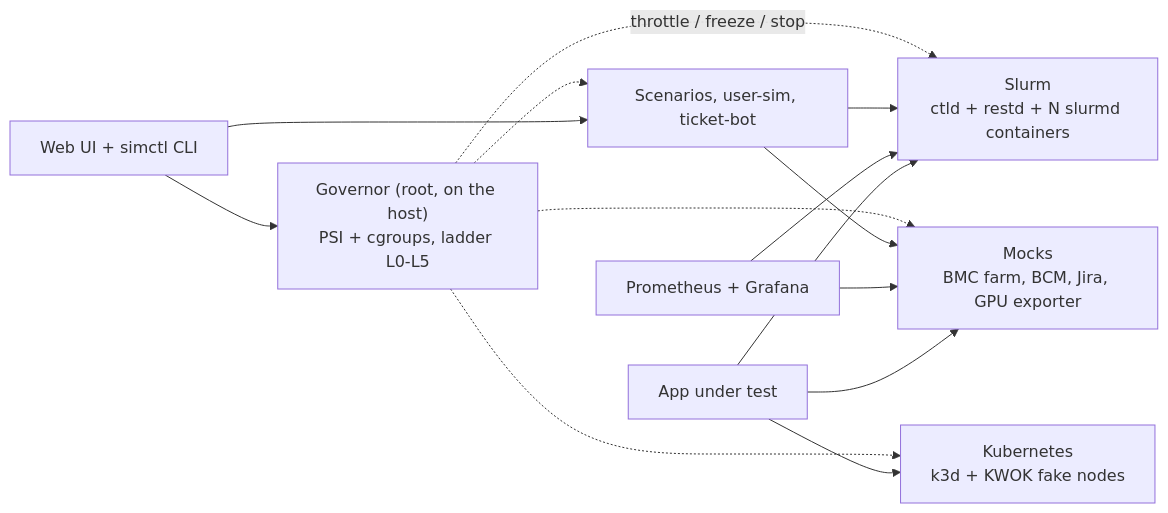
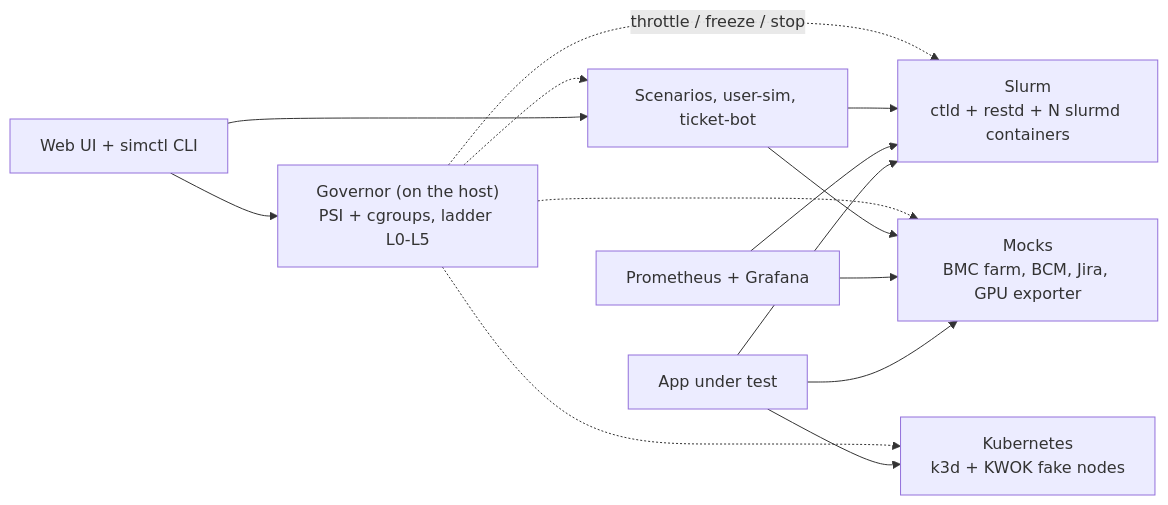
One commit to AhmedYousriSobhi/workbench changed the diagram in README.md. Above: the diagram before and after it, drawn with Mermaid. The commit also changed other lines of this file and 2 other files, not shown here.

Commit message:
docs: remove stale root-only and two-tab wording (#99)

````diff
--- a/README.md
+++ b/README.md
@@ -18,16 +18,16 @@
 ```mermaid
 flowchart LR
   APP["App under test"] --> SLURM["Slurm<br/>ctld + restd + N slurmd containers"]
   APP --> MOCKS["Mocks<br/>BMC farm, BCM, Jira, GPU exporter"]
   APP --> K8S["Kubernetes<br/>k3d + KWOK fake nodes"]
   GRAF["Prometheus + Grafana"] --> SLURM
   GRAF --> MOCKS
   LOAD["Scenarios, user-sim, ticket-bot"] --> SLURM
   LOAD --> MOCKS
   UI["Web UI + simctl CLI"] --> LOAD
   UI --> GOV
-  GOV["Governor (root, on the host)<br/>PSI + cgroups, ladder L0-L5"] -. "throttle / freeze / stop" .-> SLURM
+  GOV["Governor (on the host)<br/>PSI + cgroups, ladder L0-L5"] -. "throttle / freeze / stop" .-> SLURM
   GOV -.-> MOCKS
   GOV -.-> K8S
   GOV -.-> LOAD
 ```
````
